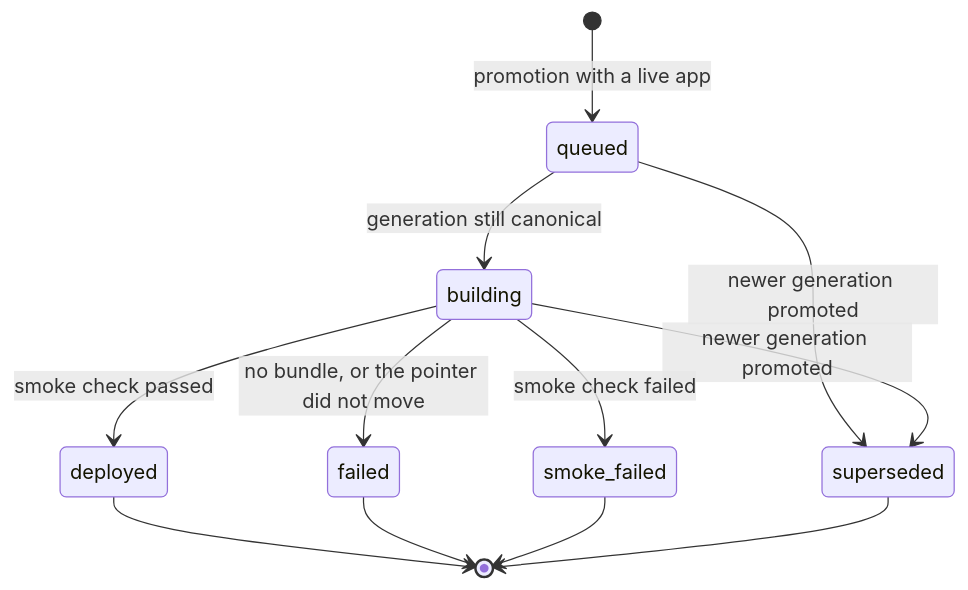
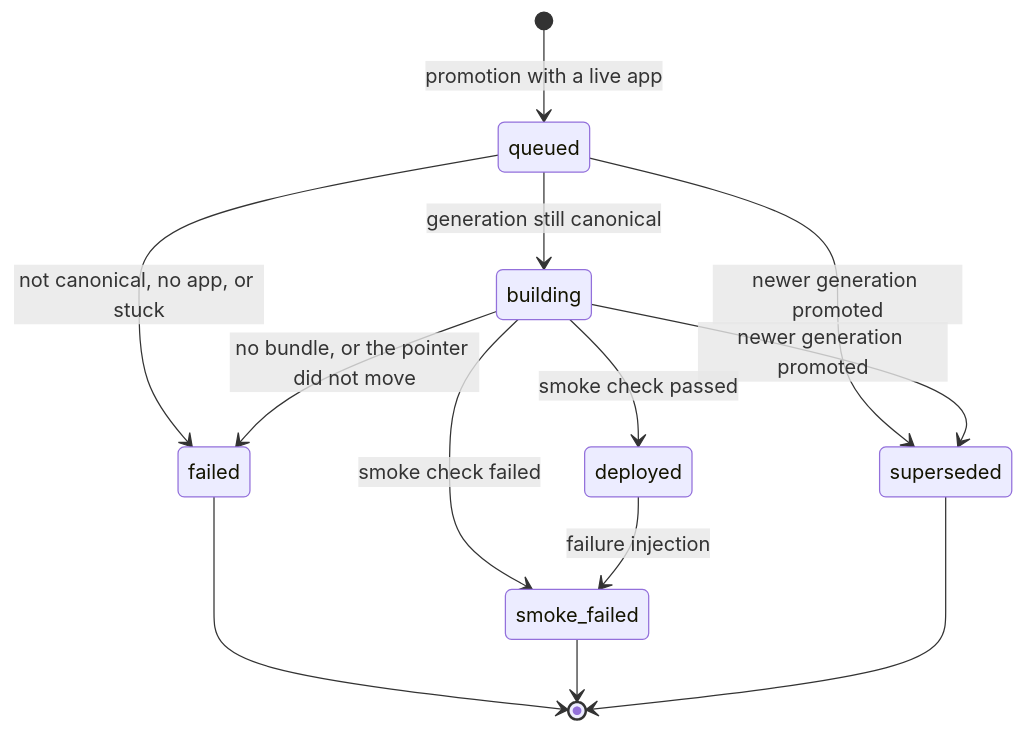
The seventh of 7 diagrams in docs/architecture/change-lifecycle.md (nsudhanva/rhumbatron), drawn with Mermaid before and after one commit. The commit also changed other lines of this file and 47 other files, not shown here.

````diff
--- a/docs/architecture/change-lifecycle.md
+++ b/docs/architecture/change-lifecycle.md
@@ -281,14 +291,15 @@
 ```mermaid
 stateDiagram-v2
   [*] --> queued: promotion with a live app
   queued --> building: generation still canonical
   queued --> superseded: newer generation promoted
+  queued --> failed: not canonical, no app, or stuck
   building --> superseded: newer generation promoted
   building --> failed: no bundle, or the pointer did not move
   building --> deployed: smoke check passed
   building --> smoke_failed: smoke check failed
-  deployed --> [*]
+  deployed --> smoke_failed: failure injection
   failed --> [*]
   smoke_failed --> [*]
   superseded --> [*]
 ```
````
